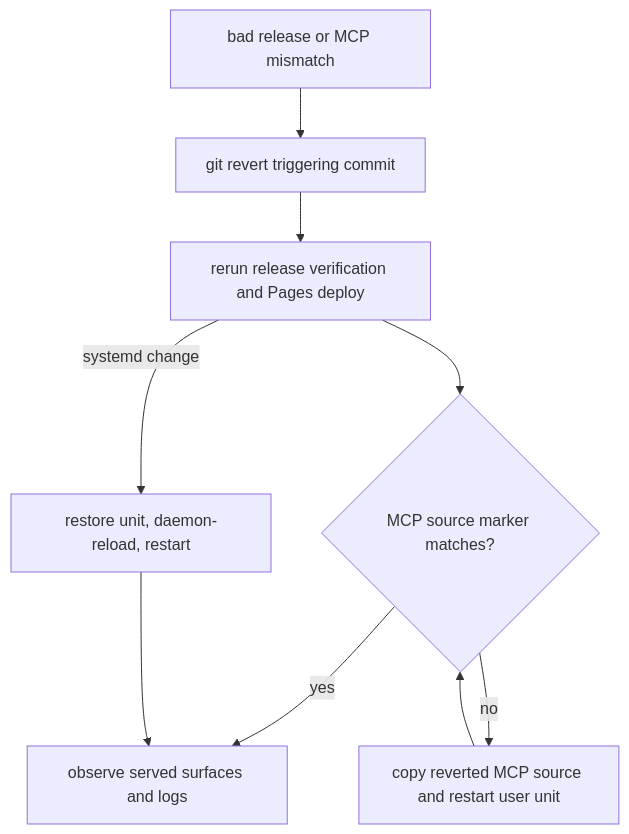
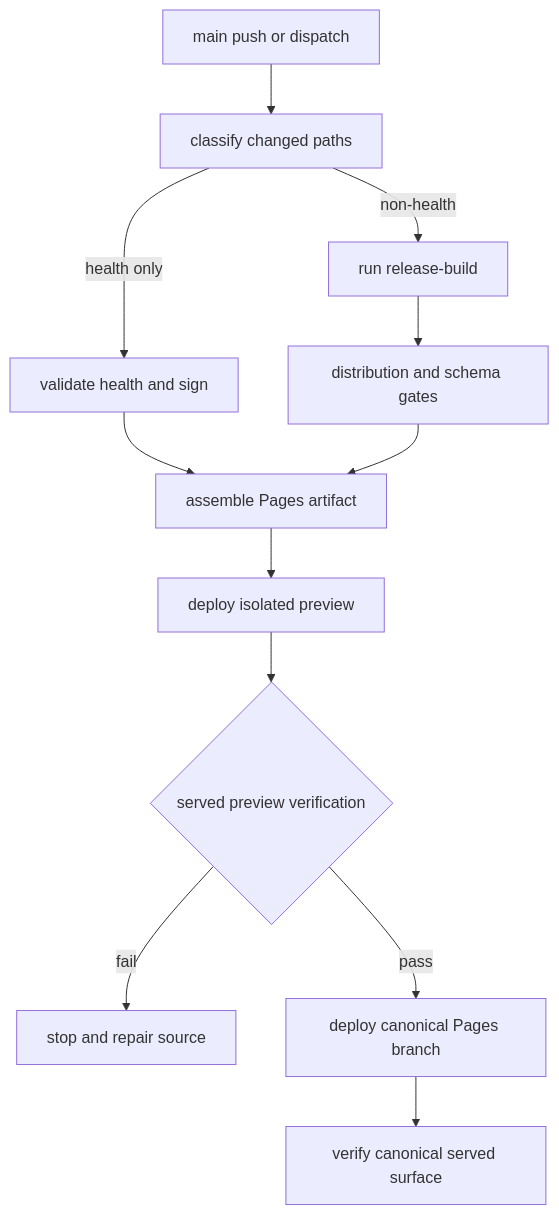
Before and after one commit to r3dz4r/datapulse-my: the second of 2 diagrams in openwiki/operations.md, drawn with Mermaid. The commit also changed other lines of this file and 4 other files, not shown here.

````diff
--- a/openwiki/operations.md
+++ b/openwiki/operations.md
@@ -247,11 +191,14 @@
 ```mermaid
 flowchart TD
-    R[bad release or MCP mismatch] --> V[git revert triggering commit]
-    V --> W[rerun release verification and Pages deploy]
-    W --> S{MCP source marker matches?}
-    S -->|yes| O[observe served surfaces and logs]
-    S -->|no| M[copy reverted MCP source and restart user unit]
-    M --> S
-    W -->|systemd change| U[restore unit, daemon-reload, restart]
-    U --> O
+    M[main push or dispatch] --> K[classify changed paths]
+    K -->|health only| H[validate health and sign]
+    K -->|non-health| R[run release-build]
+    R --> D[distribution and schema gates]
+    H --> P[assemble Pages artifact]
+    D --> P
+    P --> X[deploy isolated preview]
+    X --> Y{served preview verification}
+    Y -->|fail| E[stop and repair source]
+    Y -->|pass| Z[deploy canonical Pages branch]
+    Z --> O[verify canonical served surface]
 ```
````
